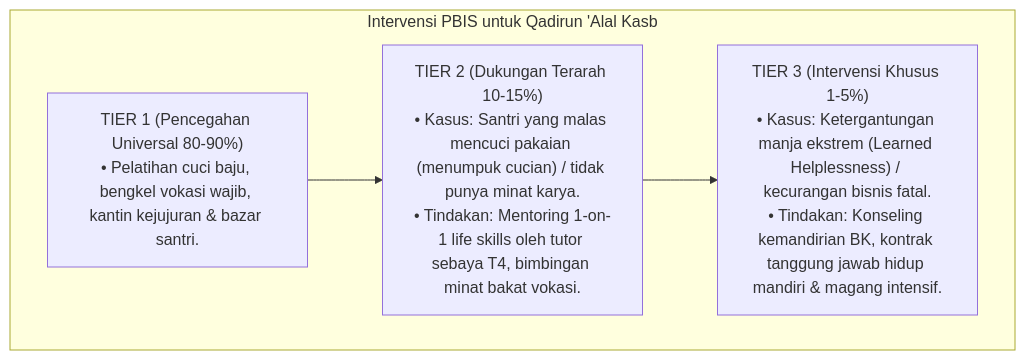
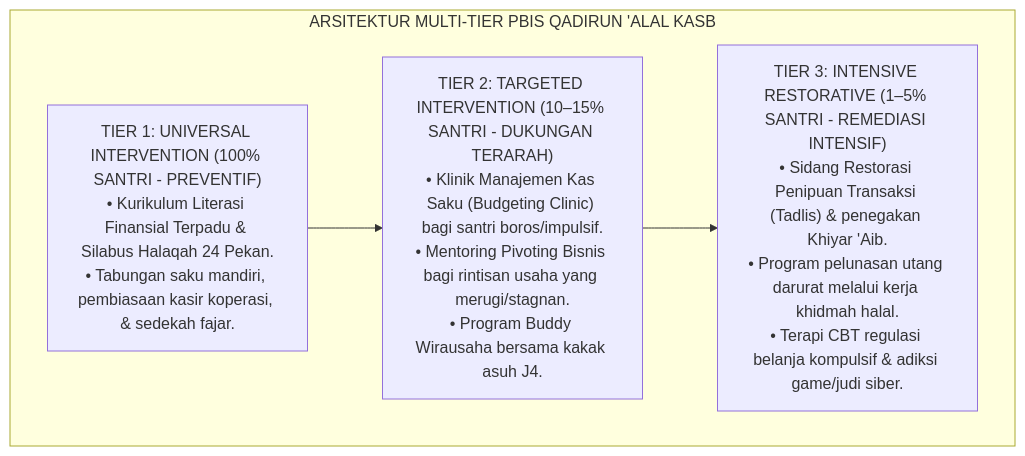
Before and after one commit to wandiapriliyandi/tumbuh: the sixth of 7 diagrams in 03 Capacity Framework/12 Qadirun Alal Kasb/P3-12-10-Protokol-Intervensi-dan-Pembiasaan.md, drawn with Mermaid. The commit also changed other lines of this file and 14 other files, not shown here.

Commit message:
docs(03-capacity): complete all 15 research monographs for 12 Qadirun Alal Kasb

````diff
--- a/03 Capacity Framework/12 Qadirun Alal Kasb/P3-12-10-Protokol-Intervensi-dan-Pembiasaan.md
+++ b/03 Capacity Framework/12 Qadirun Alal Kasb/P3-12-10-Protokol-Intervensi-dan-Pembiasaan.md
@@ -21,12 +163,12 @@
 ```mermaid
-graph TD
-    subgraph Intervensi_Kemandirian_PBIS["Intervensi PBIS untuk Qadirun 'Alal Kasb"]
-        Tier1["TIER 1 (Pencegahan Universal 80-90%)<br/>• Pelatihan cuci baju, bengkel vokasi wajib, kantin kejujuran & bazar santri."]
+flowchart TD
+    subgraph ArsitekturTigaTingkatPBISKemandirian["ARSITEKTUR MULTI-TIER PBIS QADIRUN 'ALAL KASB"]
+        Tier1["TIER 1: UNIVERSAL INTERVENTION (100% SANTRI - PREVENTIF)<br/>• Kurikulum Literasi Finansial Terpadu & Silabus Halaqah 24 Pekan.<br/>• Tabungan saku mandiri, pembiasaan kasir koperasi, & sedekah fajar."]
         
-        Tier2["TIER 2 (Dukungan Terarah 10-15%)<br/>• Kasus: Santri yang malas mencuci pakaian (menumpuk cucian) / tidak punya minat karya.<br/>• Tindakan: Mentoring 1-on-1 life skills oleh tutor sebaya T4, bimbingan minat bakat vokasi."]
+        Tier2["TIER 2: TARGETED INTERVENTION (10–15% SANTRI - DUKUNGAN TERARAH)<br/>• Klinik Manajemen Kas Saku (Budgeting Clinic) bagi santri boros/impulsif.<br/>• Mentoring Pivoting Bisnis bagi rintisan usaha yang merugi/stagnan.<br/>• Program Buddy Wirausaha bersama kakak asuh J4."]
         
-        Tier3["TIER 3 (Intervensi Khusus 1-5%)<br/>• Kasus: Ketergantungan manja ekstrem (Learned Helplessness) / kecurangan bisnis fatal.<br/>• Tindakan: Konseling kemandirian BK, kontrak tanggung jawab hidup mandiri & magang intensif."]
-
+        Tier3["TIER 3: INTENSIVE RESTORATIVE (1–5% SANTRI - REMEDIASI INTENSIF)<br/>• Sidang Restorasi Penipuan Transaksi (Tadlis) & penegakan Khiyar 'Aib.<br/>• Program pelunasan utang darurat melalui kerja khidmah halal.<br/>• Terapi CBT regulasi belanja kompulsif & adiksi game/judi siber."]
+        
         Tier1 --> Tier2 --> Tier3
     end
 ```
````
